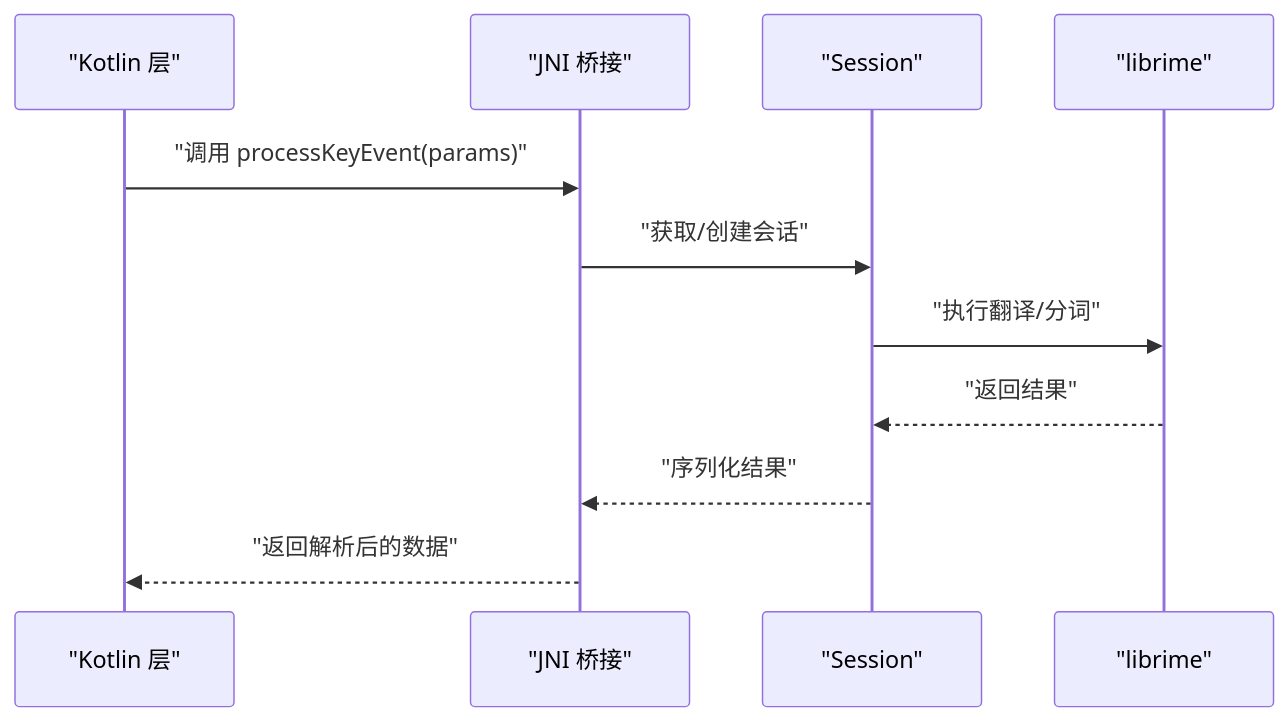
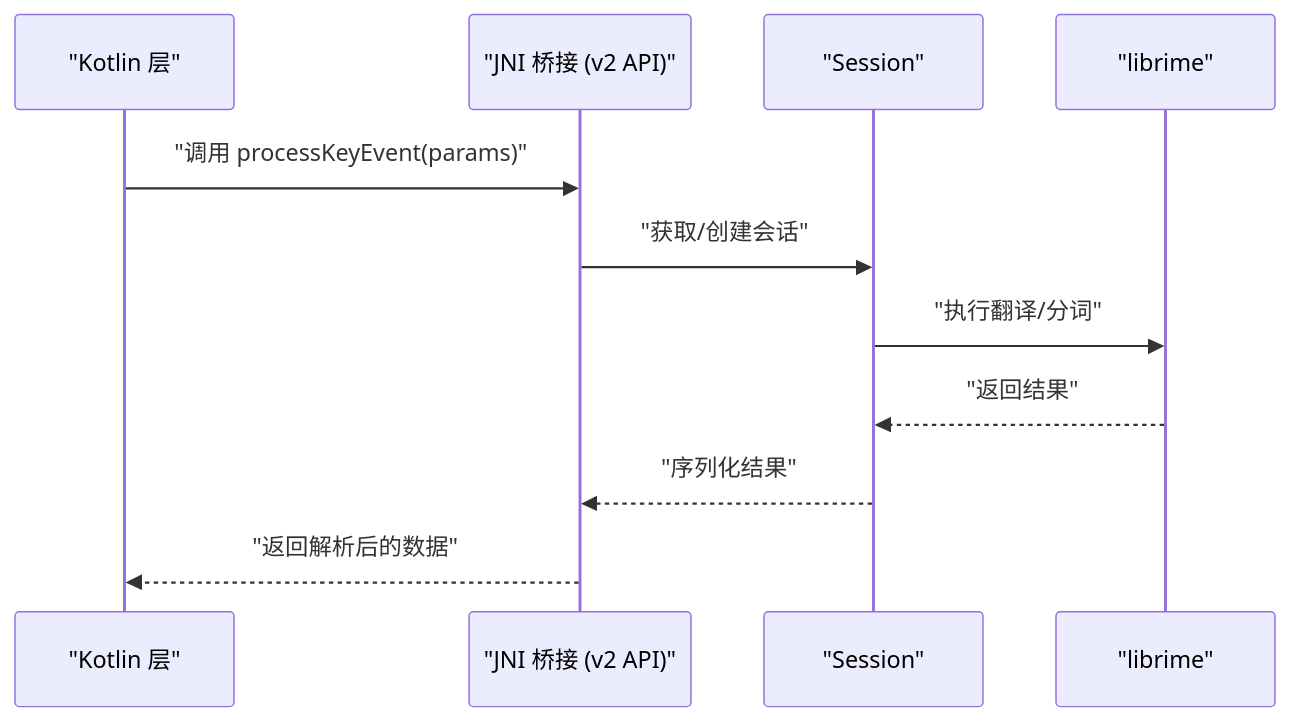
One commit to qiaodashaoye/ziyou-ime changed the seventh of 8 diagrams in .qoder/repowiki/zh/content/项目概览/架构概览.md. Above: the diagram before and after it, drawn with Mermaid. The commit also changed other lines of this file and 11 other files, not shown here.

````diff
--- a/.qoder/repowiki/zh/content/项目概览/架构概览.md
+++ b/.qoder/repowiki/zh/content/项目概览/架构概览.md
@@ -362,13 +369,13 @@
 ```mermaid
 sequenceDiagram
 participant Kotlin as "Kotlin 层"
-participant JNI as "JNI 桥接"
+participant JNI as "JNI 桥接 (v2 API)"
 participant Session as "Session"
 participant Librime as "librime"
 Kotlin->>JNI : "调用 processKeyEvent(params)"
 JNI->>Session : "获取/创建会话"
 Session->>Librime : "执行翻译/分词"
 Librime-->>Session : "返回结果"
 Session-->>JNI : "序列化结果"
 JNI-->>Kotlin : "返回解析后的数据"
 ```
````
